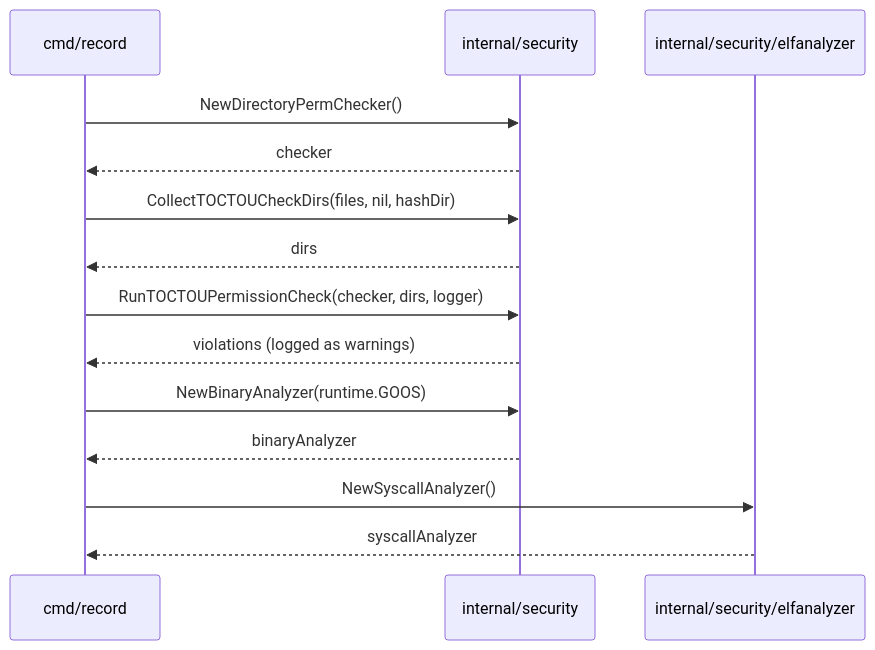
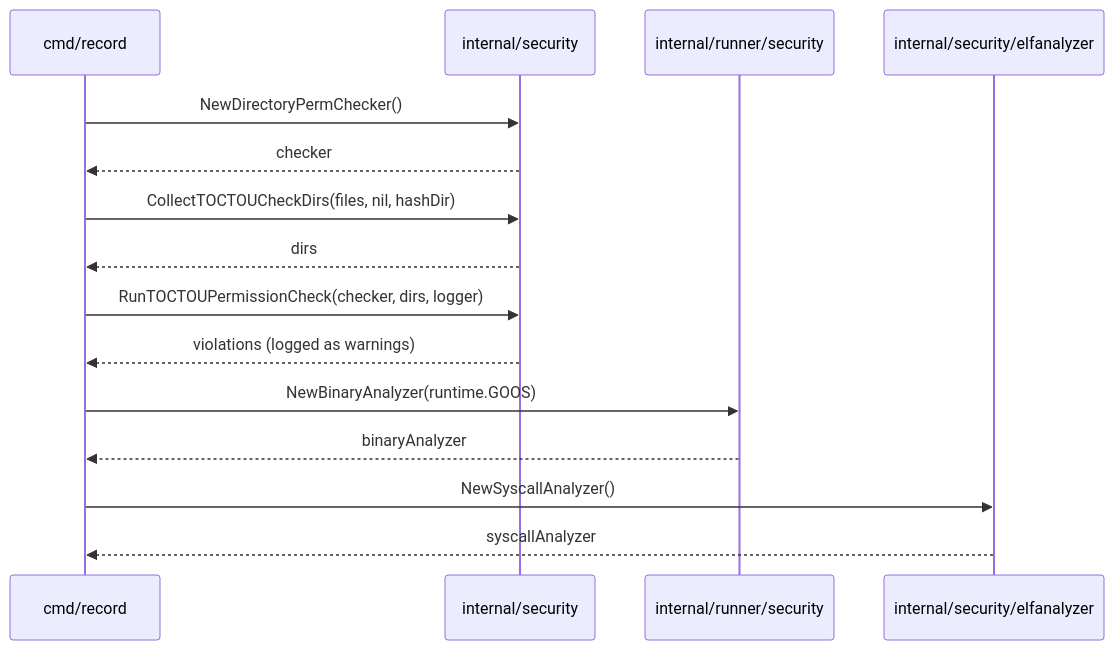
Before and after one commit to isseis/go-safe-cmd-runner: the eighth of 9 diagrams in docs/tasks/0113_security_package_restructure/02_architecture.md, drawn with Mermaid. The commit also changed other lines of this file and 2 other files, not shown here.

````diff
--- a/docs/tasks/0113_security_package_restructure/02_architecture.md
+++ b/docs/tasks/0113_security_package_restructure/02_architecture.md
@@ -365,17 +371,18 @@
 ```mermaid
 sequenceDiagram
     participant R as cmd/record
     participant GS as internal/security
+    participant RS as internal/runner/security
     participant EA as internal/security/elfanalyzer
 
     R->>GS: NewDirectoryPermChecker()
     GS-->>R: checker
     R->>GS: CollectTOCTOUCheckDirs(files, nil, hashDir)
     GS-->>R: dirs
     R->>GS: RunTOCTOUPermissionCheck(checker, dirs, logger)
     GS-->>R: violations (logged as warnings)
-    R->>GS: NewBinaryAnalyzer(runtime.GOOS)
-    GS-->>R: binaryAnalyzer
+    R->>RS: NewBinaryAnalyzer(runtime.GOOS)
+    RS-->>R: binaryAnalyzer
     R->>EA: NewSyscallAnalyzer()
     EA-->>R: syscallAnalyzer
 ```
````
